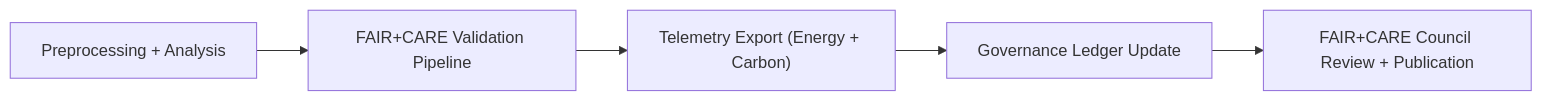
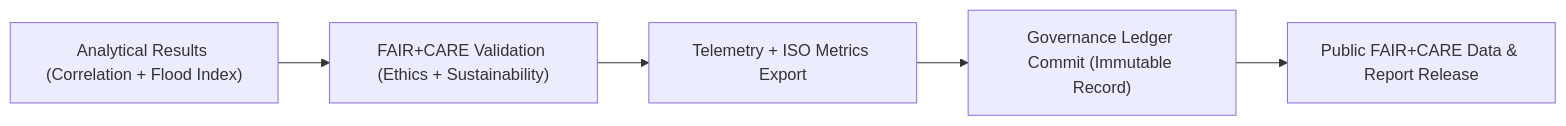
One commit to bartytime4life/Kansas-Frontier-Matrix changed the second of 2 diagrams in docs/analyses/hydrology/drought-flood-correlation/methods/README.md. Above: the diagram before and after it, drawn with Mermaid. The commit also changed other lines of this file, not shown here.

````diff
--- a/docs/analyses/hydrology/drought-flood-correlation/methods/README.md
+++ b/docs/analyses/hydrology/drought-flood-correlation/methods/README.md
@@ -167,7 +163,7 @@
 ```mermaid
 flowchart LR
-A["Preprocessing + Analysis"] --> B["FAIR+CARE Validation Pipeline"]
-B --> C["Telemetry Export (Energy + Carbon)"]
-C --> D["Governance Ledger Update"]
-D --> E["FAIR+CARE Council Review + Publication"]
+A["Analytical Results (Correlation + Flood Index)"] --> B["FAIR+CARE Validation (Ethics + Sustainability)"]
+B --> C["Telemetry + ISO Metrics Export"]
+C --> D["Governance Ledger Commit (Immutable Record)"]
+D --> E["Public FAIR+CARE Data & Report Release"]
 ```
````
